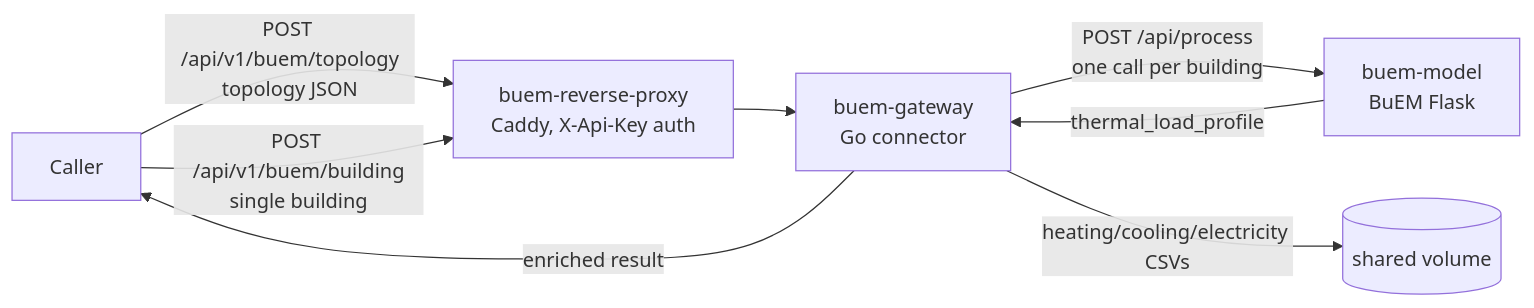
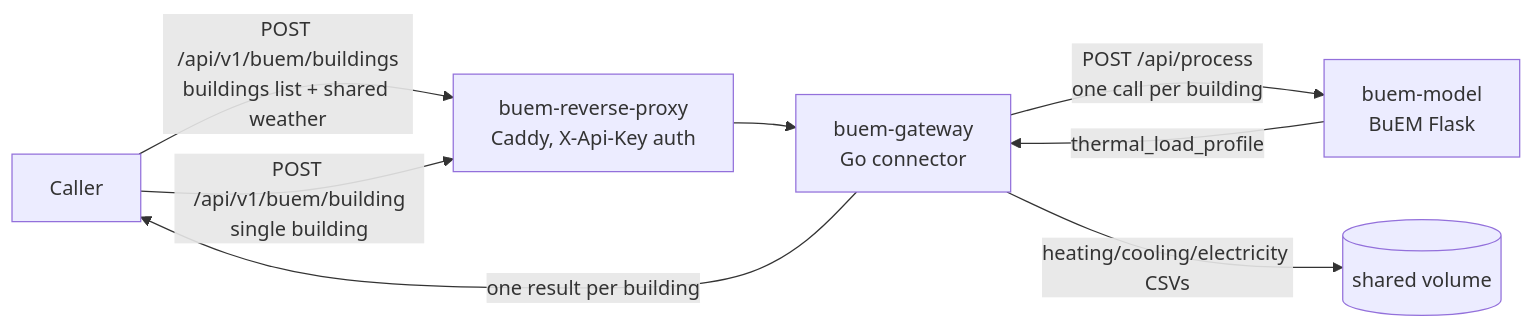
One commit to enerplanet/buem-gateway changed the diagram in README.md. Above: the diagram before and after it, drawn with Mermaid. The commit also changed other lines of this file and 13 other files, not shown here.

First line of the commit message:
feat(api)!: replace /buem/topology with /buem/buildings

````diff
--- a/README.md
+++ b/README.md
@@ -24,10 +24,10 @@
 ```mermaid
 graph LR
-    CALLER[Caller] -->|POST /api/v1/buem/topology<br>topology JSON| PROXY[buem-reverse-proxy<br>Caddy, X-Api-Key auth]
+    CALLER[Caller] -->|POST /api/v1/buem/buildings<br>buildings list + shared weather| PROXY[buem-reverse-proxy<br>Caddy, X-Api-Key auth]
     CALLER -->|POST /api/v1/buem/building<br>single building| PROXY
     PROXY --> APP[buem-gateway<br>Go connector]
     APP -->|POST /api/process<br>one call per building| MODEL[buem-model<br>BuEM Flask]
     MODEL -->|thermal_load_profile| APP
-    APP -->|enriched result| CALLER
+    APP -->|one result per building| CALLER
     APP -->|heating/cooling/electricity CSVs| VOL[(shared volume)]
 ```
````
